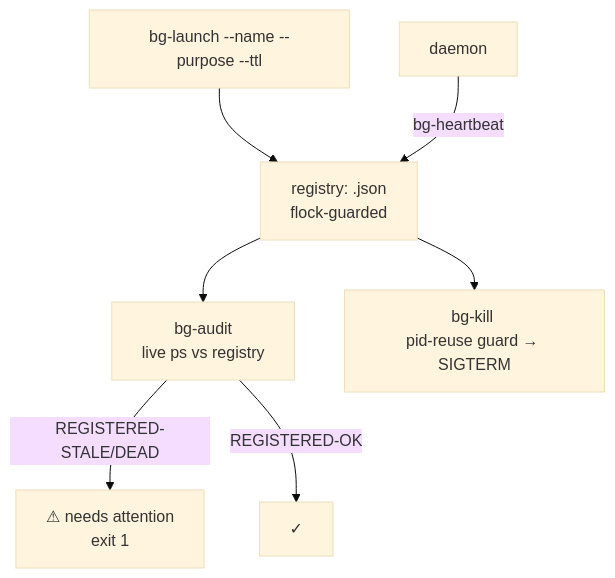
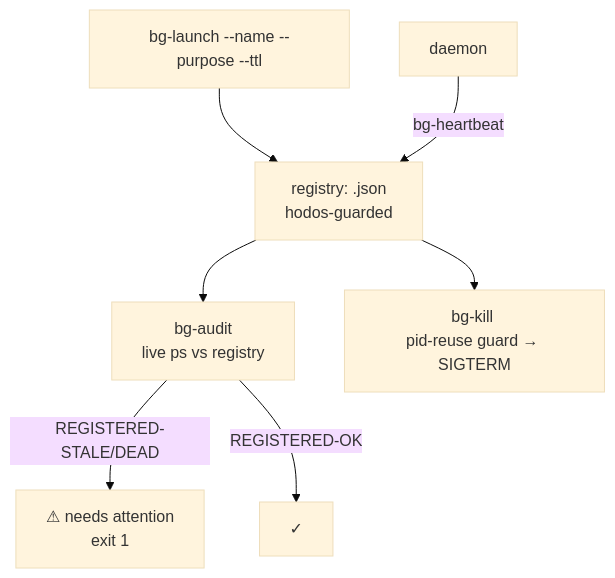
The diagram in ops/bg-tracker/bg-tracker/README.md (toxicwind/estate), drawn with Mermaid (base theme) before and after one commit. The commit also changed other lines of this file and 368 other files, not shown here.

First line of the commit message:
rename: flock -> hodos (full estate rebrand)

````diff
--- a/ops/bg-tracker/bg-tracker/README.md
+++ b/ops/bg-tracker/bg-tracker/README.md
@@ -22,9 +22,9 @@
 ```mermaid
 flowchart TB
-    LAUNCH[bg-launch --name --purpose --ttl] --> REG[registry: <box>.json<br/>flock-guarded]
+    LAUNCH[bg-launch --name --purpose --ttl] --> REG[registry: <box>.json<br/>hodos-guarded]
     TASK[daemon] -->|bg-heartbeat| REG
     REG --> AUDIT[bg-audit<br/>live ps vs registry]
     AUDIT -->|REGISTERED-STALE/DEAD| FLAG[⚠ needs attention<br/>exit 1]
     AUDIT -->|REGISTERED-OK| OK[✓]
     REG --> KILL[bg-kill <id><br/>pid-reuse guard → SIGTERM]
 ```
````
